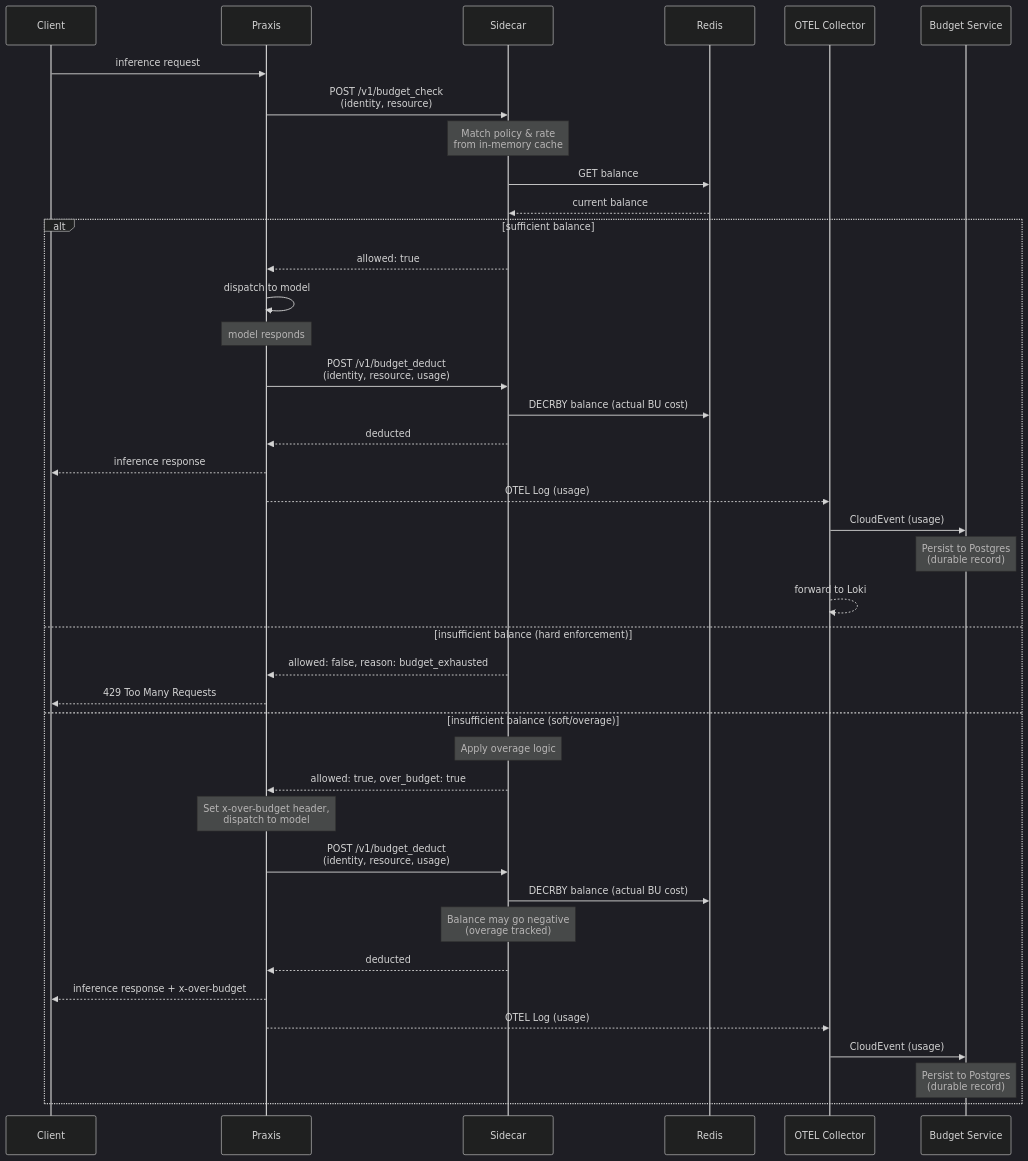
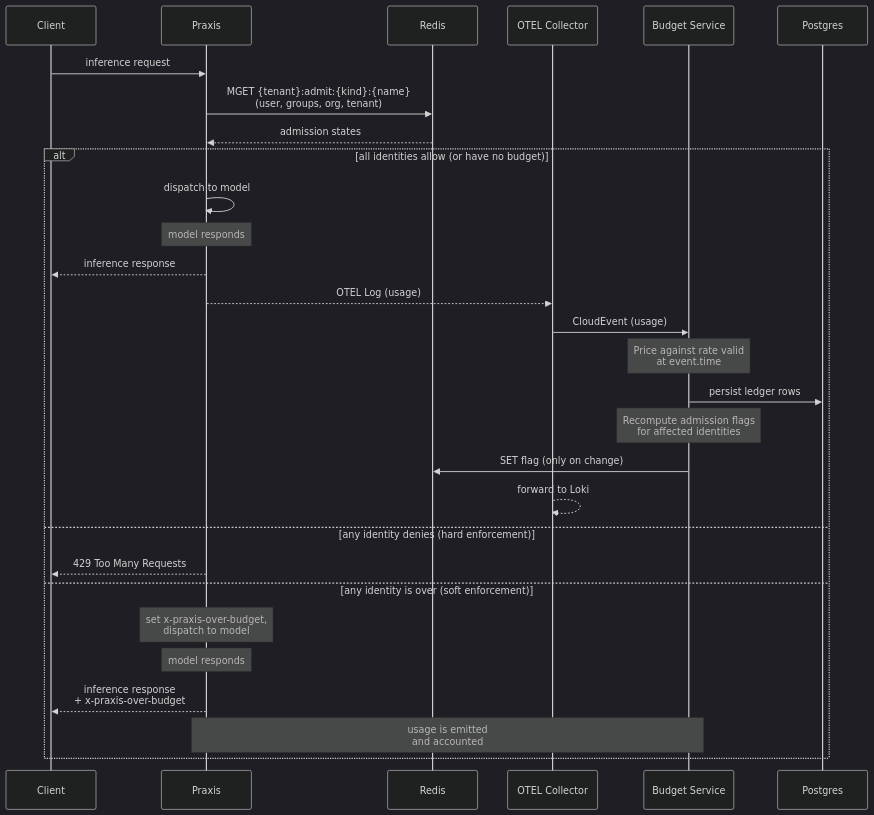
The second of 3 diagrams in architecture-decision-records/ai-gateway/ODH-ADR-0001-Tokenomics.md (opendatahub-io/architecture-decision-records), drawn with Mermaid (dark theme) before and after one commit. The commit also changed other lines of this file, not shown here.

First line of the commit message:
docs: replace sidecar budget checks with a Redis admission flag

````diff
--- a/architecture-decision-records/ai-gateway/ODH-ADR-0001-Tokenomics.md
+++ b/architecture-decision-records/ai-gateway/ODH-ADR-0001-Tokenomics.md
@@ -102,46 +99,33 @@
 ```mermaid
 sequenceDiagram
     participant Client
     participant Praxis
-    participant Sidecar
     participant Redis
     participant OTELCollector as OTEL Collector
     participant BudgetService as Budget Service
+    participant Postgres
 
     Client->>Praxis: inference request
-    Praxis->>Sidecar: POST /v1/budget_check<br>(identity, resource)
+    Praxis->>Redis: MGET {tenant}:admit:{kind}:{name}<br>(user, groups, org, tenant)
+    Redis-->>Praxis: admission states
 
-    Note over Sidecar: Match policy & rate<br>from in-memory cache
-
-    Sidecar->>Redis: GET balance
-    Redis-->>Sidecar: current balance
-
-    alt sufficient balance
-        Sidecar-->>Praxis: allowed: true
+    alt all identities allow (or have no budget)
         Praxis->>Praxis: dispatch to model
         Note over Praxis: model responds
-        Praxis->>Sidecar: POST /v1/budget_deduct<br>(identity, resource, usage)
-        Sidecar->>Redis: DECRBY balance (actual BU cost)
-        Sidecar-->>Praxis: deducted
         Praxis-->>Client: inference response
         Praxis-->>OTELCollector: OTEL Log (usage)
         OTELCollector->>BudgetService: CloudEvent (usage)
-        Note over BudgetService: Persist to Postgres<br>(durable record)
+        Note over BudgetService: Price against rate valid<br>at event.time
+        BudgetService->>Postgres: persist ledger rows
+        Note over BudgetService: Recompute admission flags<br>for affected identities
+        BudgetService->>Redis: SET flag (only on change)
         OTELCollector-->>OTELCollector: forward to Loki
-    else insufficient balance (hard enforcement)
-        Sidecar-->>Praxis: allowed: false, reason: budget_exhausted
+    else any identity denies (hard enforcement)
         Praxis-->>Client: 429 Too Many Requests
-    else insufficient balance (soft/overage)
-        Note over Sidecar: Apply overage logic
-        Sidecar-->>Praxis: allowed: true, over_budget: true
-        Note over Praxis: Set x-over-budget header,<br>dispatch to model
-        Praxis->>Sidecar: POST /v1/budget_deduct<br>(identity, resource, usage)
-        Sidecar->>Redis: DECRBY balance (actual BU cost)
-        Note over Sidecar: Balance may go negative<br>(overage tracked)
-        Sidecar-->>Praxis: deducted
-        Praxis-->>Client: inference response + x-over-budget
-        Praxis-->>OTELCollector: OTEL Log (usage)
-        OTELCollector->>BudgetService: CloudEvent (usage)
-        Note over BudgetService: Persist to Postgres<br>(durable record)
+    else any identity is over (soft enforcement)
+        Note over Praxis: set x-praxis-over-budget,<br>dispatch to model
+        Note over Praxis: model responds
+        Praxis-->>Client: inference response<br>+ x-praxis-over-budget
+        Note over Praxis,BudgetService: usage is emitted<br>and accounted
     end
 ```
````
